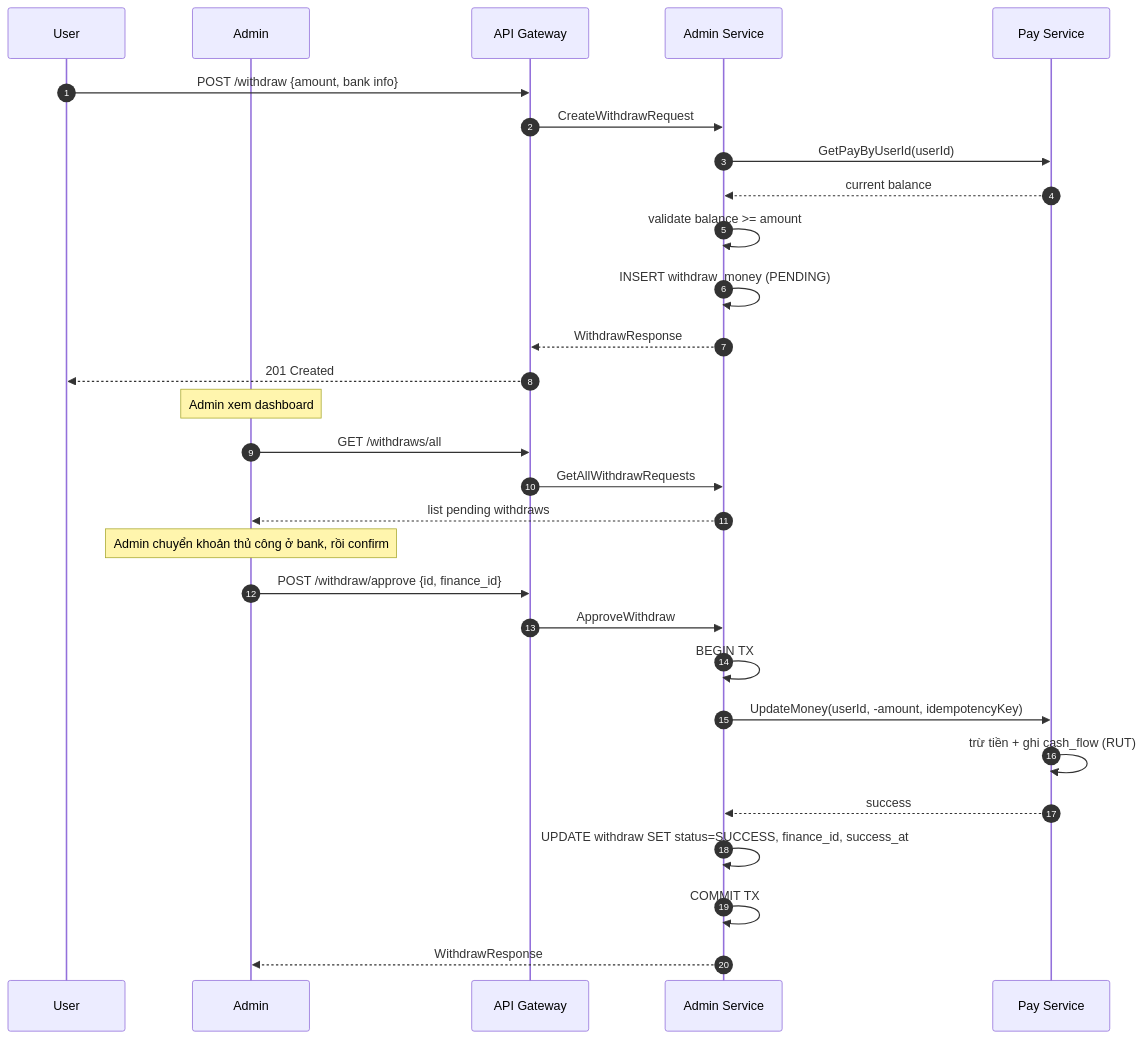
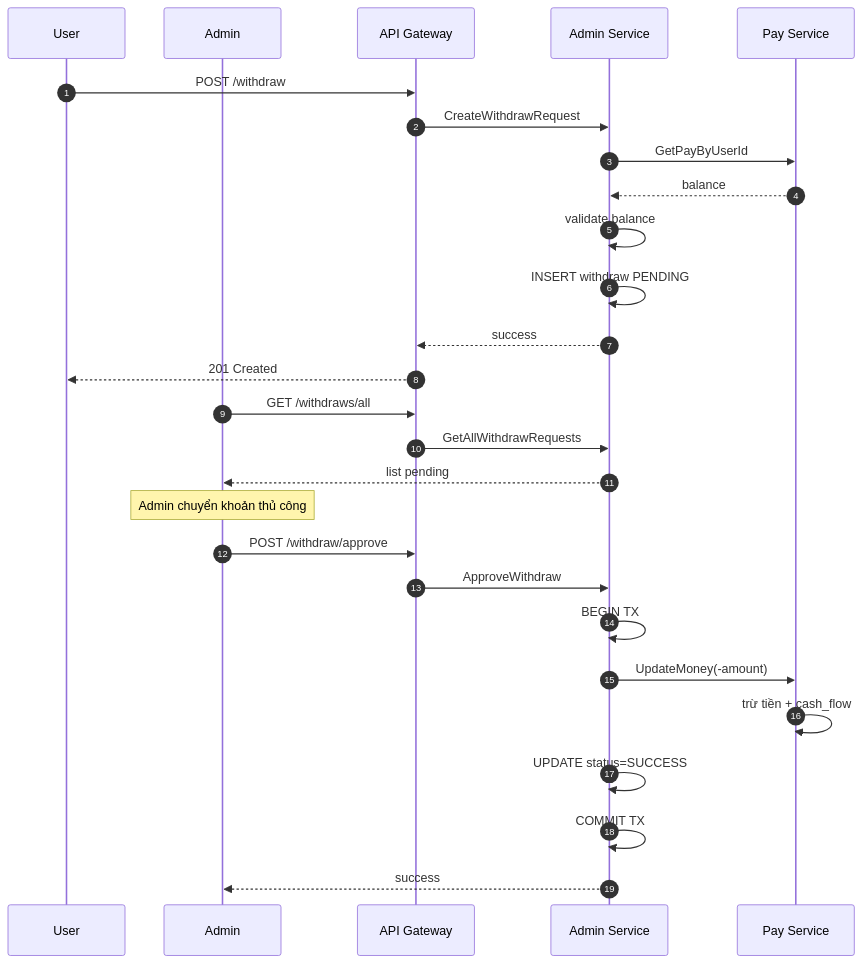
Before and after one commit to DANG-PH/dragonboy-api-gateway: diagram 11 of 18 in docs/architecture.md, drawn with Mermaid. The commit also changed other lines of this file, not shown here.

Commit message:
fix: architecture docs with erd, diagram, usecase,...

````diff
--- a/docs/architecture.md
+++ b/docs/architecture.md
@@ -742,36 +772,33 @@
 ```mermaid
 sequenceDiagram
     autonumber
     participant U as User
     participant A as Admin
     participant GW as API Gateway
     participant Cashier as Admin Service
     participant Pay as Pay Service
 
-    U->>GW: POST /withdraw {amount, bank info}
+    U->>GW: POST /withdraw
     GW->>Cashier: CreateWithdrawRequest
-    Cashier->>Pay: GetPayByUserId(userId)
-    Pay-->>Cashier: current balance
-    Cashier->>Cashier: validate balance >= amount
-    Cashier->>Cashier: INSERT withdraw_money (PENDING)
-    Cashier-->>GW: WithdrawResponse
+    Cashier->>Pay: GetPayByUserId
+    Pay-->>Cashier: balance
+    Cashier->>Cashier: validate balance
+    Cashier->>Cashier: INSERT withdraw PENDING
+    Cashier-->>GW: success
     GW-->>U: 201 Created
-
-    Note over A: Admin xem dashboard
 
     A->>GW: GET /withdraws/all
     GW->>Cashier: GetAllWithdrawRequests
-    Cashier-->>A: list pending withdraws
+    Cashier-->>A: list pending
 
-    Note over A: Admin chuyển khoản thủ công ở bank, rồi confirm
+    Note over A: Admin chuyển khoản thủ công
 
-    A->>GW: POST /withdraw/approve {id, finance_id}
+    A->>GW: POST /withdraw/approve
     GW->>Cashier: ApproveWithdraw
     Cashier->>Cashier: BEGIN TX
-    Cashier->>Pay: UpdateMoney(userId, -amount, idempotencyKey)
-    Pay->>Pay: trừ tiền + ghi cash_flow (RUT)
-    Pay-->>Cashier: success
-    Cashier->>Cashier: UPDATE withdraw SET status=SUCCESS, finance_id, success_at
+    Cashier->>Pay: UpdateMoney(-amount)
+    Pay->>Pay: trừ tiền + cash_flow
+    Cashier->>Cashier: UPDATE status=SUCCESS
     Cashier->>Cashier: COMMIT TX
-    Cashier-->>A: WithdrawResponse
+    Cashier-->>A: success
 ```
````
